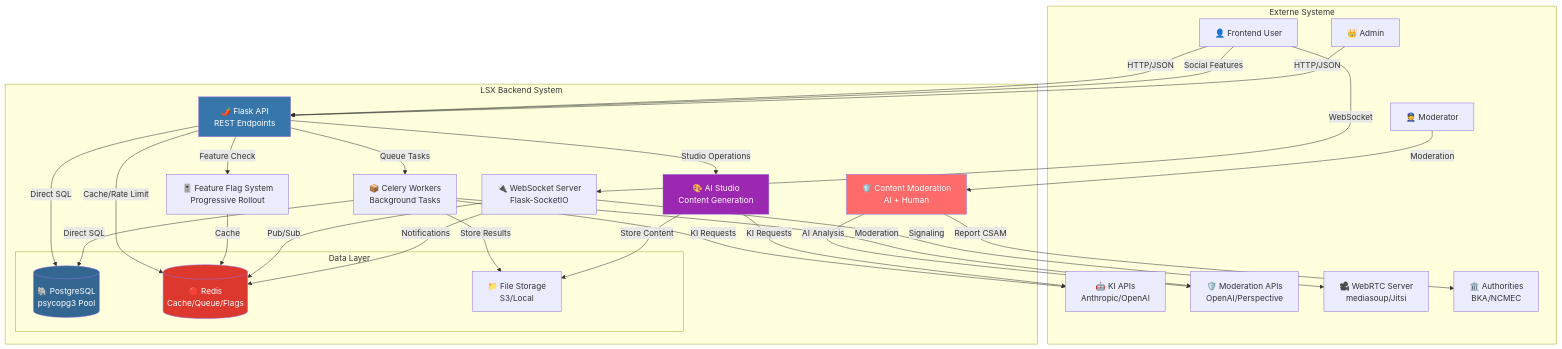
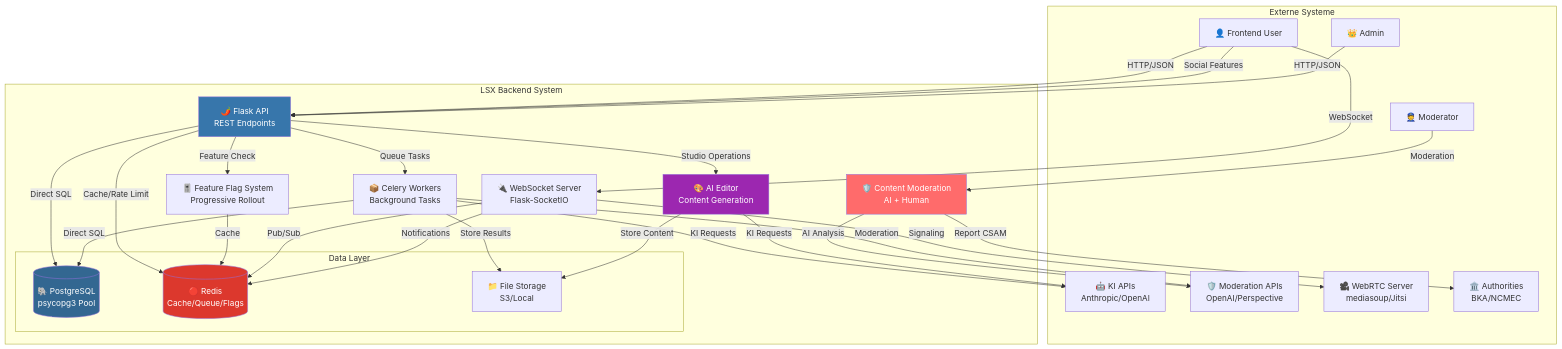
One commit to flokflok1/lernseite changed the diagram in LernsystemX-Doku/05_Technical/05_Backend-Struktur.md. Above: the diagram before and after it, drawn with Mermaid. The commit also changed other lines of this file and 4 other files, not shown here.

````diff
--- a/LernsystemX-Doku/05_Technical/05_Backend-Struktur.md
+++ b/LernsystemX-Doku/05_Technical/05_Backend-Struktur.md
@@ -51,61 +51,61 @@
 ```mermaid
 graph TB
     subgraph "Externe Systeme"
         USER[👤 Frontend User]
         ADMIN[👑 Admin]
         MODERATOR[👮 Moderator]
         KI_API[🤖 KI APIs<br/>Anthropic/OpenAI]
         MODERATION_API[🛡️ Moderation APIs<br/>OpenAI/Perspective]
         WEBRTC[🎥 WebRTC Server<br/>mediasoup/Jitsi]
         AUTHORITIES[🏛️ Authorities<br/>BKA/NCMEC]
     end
 
     subgraph "LSX Backend System"
         API[🌶️ Flask API<br/>REST Endpoints]
         CELERY[📦 Celery Workers<br/>Background Tasks]
         SOCKET[🔌 WebSocket Server<br/>Flask-SocketIO]
         MODERATION[🛡️ Content Moderation<br/>AI + Human]
         FEATURE_FLAGS[🎚️ Feature Flag System<br/>Progressive Rollout]
-        STUDIO[🎨 AI Studio<br/>Content Generation]
+        STUDIO[🎨 AI Editor<br/>Content Generation]
 
         subgraph "Data Layer"
             DB[(🐘 PostgreSQL<br/>psycopg3 Pool)]
             REDIS[(🔴 Redis<br/>Cache/Queue/Flags)]
             STORAGE[📁 File Storage<br/>S3/Local]
         end
     end
 
     USER -->|HTTP/JSON| API
     USER -->|Social Features| API
     ADMIN -->|HTTP/JSON| API
     MODERATOR -->|Moderation| MODERATION
     USER -->|WebSocket| SOCKET
 
     API -->|Feature Check| FEATURE_FLAGS
     API -->|Direct SQL| DB
     API -->|Cache/Rate Limit| REDIS
     API -->|Queue Tasks| CELERY
     API -->|Studio Operations| STUDIO
 
     FEATURE_FLAGS -->|Cache| REDIS
     MODERATION -->|AI Analysis| MODERATION_API
     MODERATION -->|Report CSAM| AUTHORITIES
 
     CELERY -->|Direct SQL| DB
     CELERY -->|KI Requests| KI_API
     CELERY -->|Store Results| STORAGE
     CELERY -->|Moderation| MODERATION_API
 
     SOCKET -->|Pub/Sub| REDIS
     SOCKET -->|Signaling| WEBRTC
     SOCKET -->|Notifications| REDIS
 
     STUDIO -->|KI Requests| KI_API
     STUDIO -->|Store Content| STORAGE
 
     style DB fill:#336791,color:#fff
     style REDIS fill:#DC382D,color:#fff
     style API fill:#3776AB,color:#fff
     style MODERATION fill:#FF6B6B,color:#fff
     style STUDIO fill:#9C27B0,color:#fff
 ```
````
